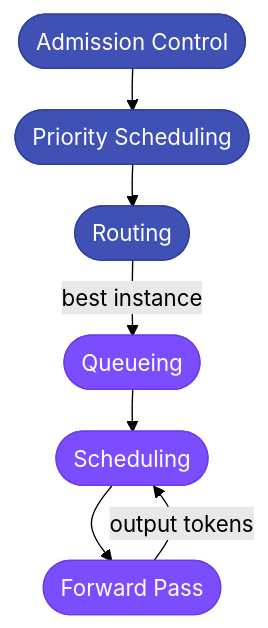
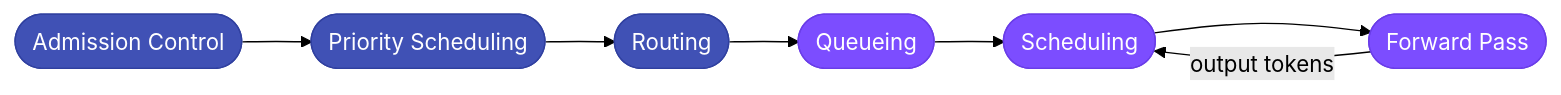
The first of 3 diagrams in docs/blog/posts/why-simulate-before-you-scale.md (inference-sim/inference-sim), drawn with Mermaid (forest theme) before and after one commit. The commit also changed other lines of this file, not shown here.

Commit message:
fix(docs): make pipeline diagram horizontal, add physics tagline
Switch from TD to LR. Add "BLIS simulates the physics of this
entire system end-to-end" to the caption.

````diff
--- a/docs/blog/posts/why-simulate-before-you-scale.md
+++ b/docs/blog/posts/why-simulate-before-you-scale.md
@@ -46,18 +46,8 @@
 ```mermaid
----
-config:
-  flowchart:
-    nodeSpacing: 16
-    rankSpacing: 30
----
-flowchart TD
-    AC(["Admission Control"]):::cluster --> PS(["Priority Scheduling"]):::cluster
-    PS --> RT(["Routing"]):::cluster
-    RT -->|"best instance"| Q(["Queueing"]):::instance
-    Q --> S(["Scheduling"]):::instance
-    S --> FP(["Forward Pass"]):::instance
+flowchart LR
+    AC(["Admission Control"]):::cluster --> PS(["Priority Scheduling"]):::cluster --> RT(["Routing"]):::cluster --> Q(["Queueing"]):::instance --> S(["Scheduling"]):::instance --> FP(["Forward Pass"]):::instance
     FP -->|"output tokens"| S
 
     classDef cluster fill:#4051b5,color:#fff,stroke:#3040a0
     classDef instance fill:#7c4dff,color:#fff,stroke:#6a3de8
 ```
````
